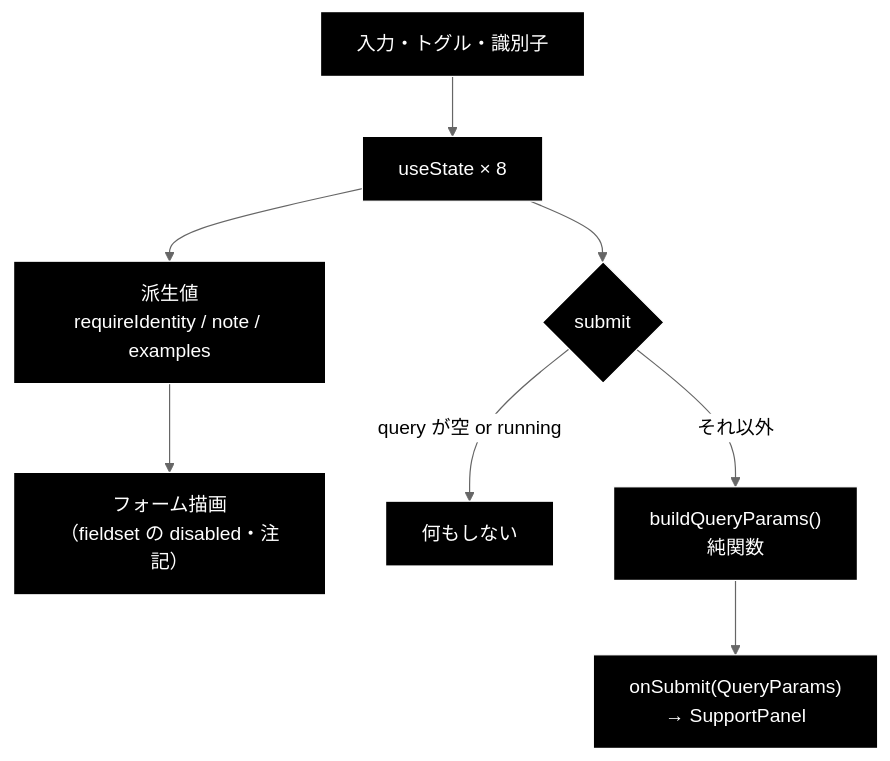
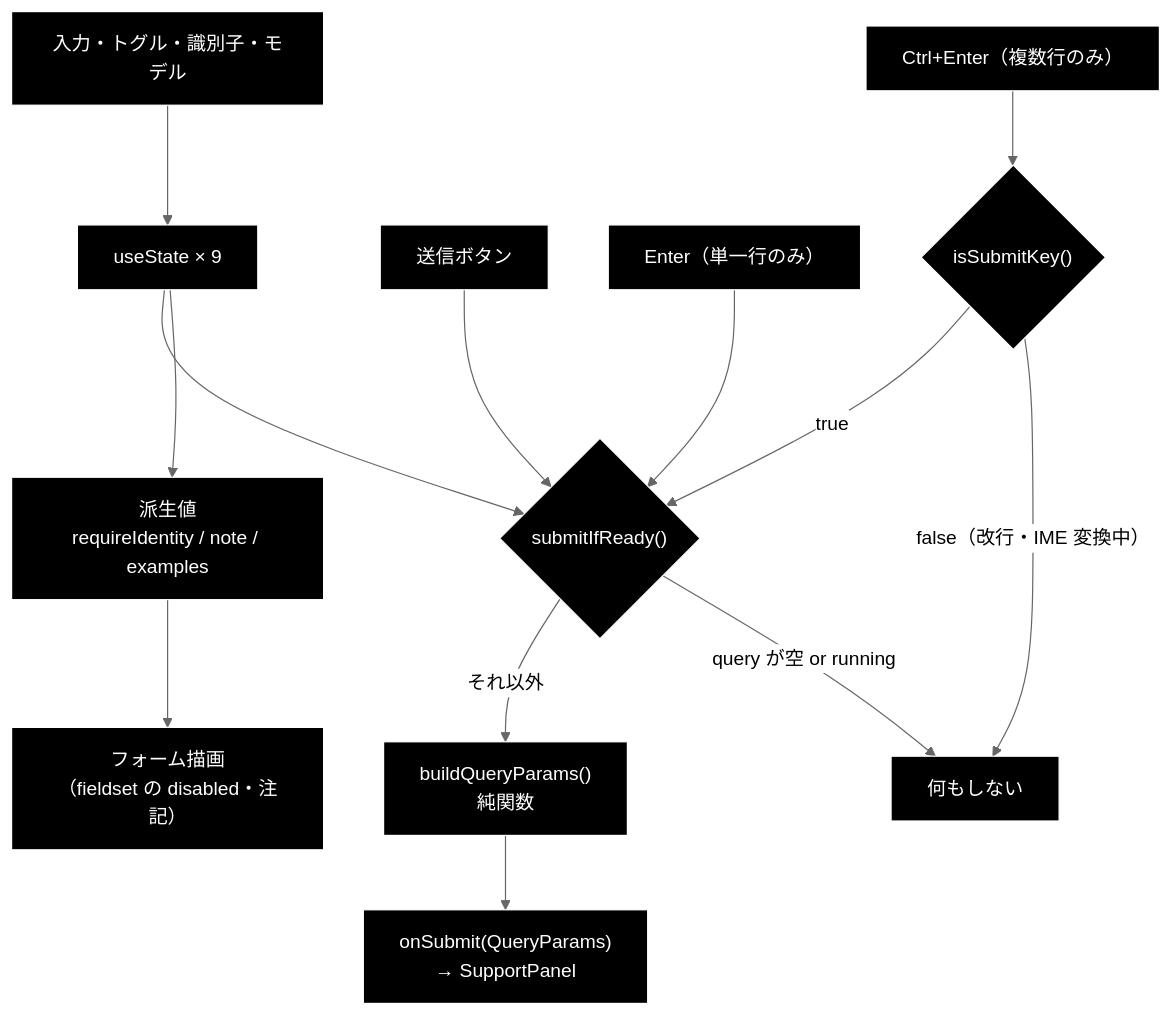
One commit to nakashima2toshio/grace_v2_local changed the second of 3 diagrams in frontend/docs/QueryForm.md. Above: the diagram before and after it, drawn with Mermaid (neutral theme). The commit also changed other lines of this file, not shown here.

First line of the commit message:
docs(frontend): QueryForm.md を実装に追いつかせる（v1.1）

````diff
--- a/frontend/docs/QueryForm.md
+++ b/frontend/docs/QueryForm.md
@@ -246,12 +278,17 @@
 ```mermaid
 flowchart TB
-    Input["入力・トグル・識別子"] --> State["useState × 8"]
+    Input["入力・トグル・識別子・モデル"] --> State["useState × 9"]
     State --> Derive["派生値<br>requireIdentity / note / examples"]
     Derive --> Render["フォーム描画<br>（fieldset の disabled・注記）"]
-    State --> Submit{"submit"}
-    Submit -->|"query が空 or running"| Nop["何もしない"]
-    Submit -->|"それ以外"| Build["buildQueryParams()<br>純関数"]
+    Btn["送信ボタン"] --> Gate
+    Enter["Enter（単一行のみ）"] --> Gate
+    CtrlEnter["Ctrl+Enter（複数行のみ）"] --> Key{"isSubmitKey()"}
+    Key -->|"false（改行・IME 変換中）"| Nop
+    Key -->|"true"| Gate
+    State --> Gate{"submitIfReady()"}
+    Gate -->|"query が空 or running"| Nop["何もしない"]
+    Gate -->|"それ以外"| Build["buildQueryParams()<br>純関数"]
     Build --> Parent["onSubmit(QueryParams)<br>→ SupportPanel"]
 classDef default fill:#000,stroke:#fff,color:#fff
-class Input,State,Derive,Render,Submit,Nop,Build,Parent default
+class Input,State,Derive,Render,Btn,Enter,CtrlEnter,Key,Gate,Nop,Build,Parent default
 ```
````
